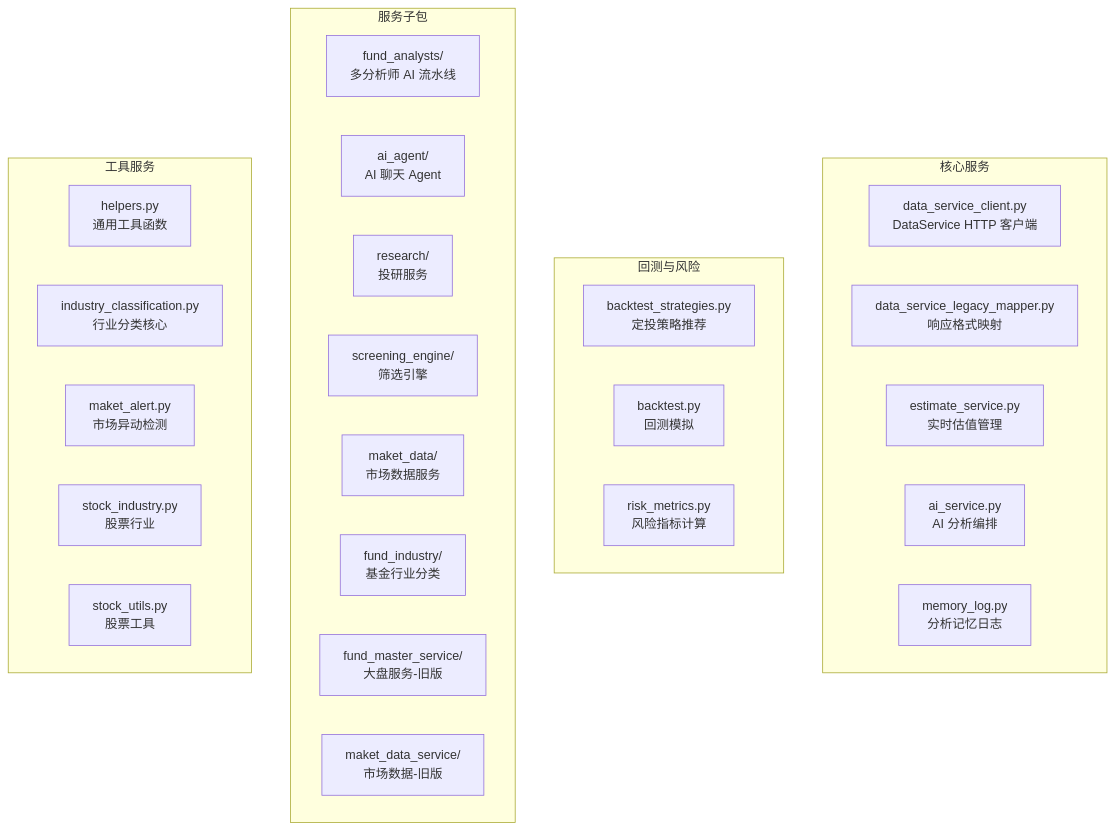
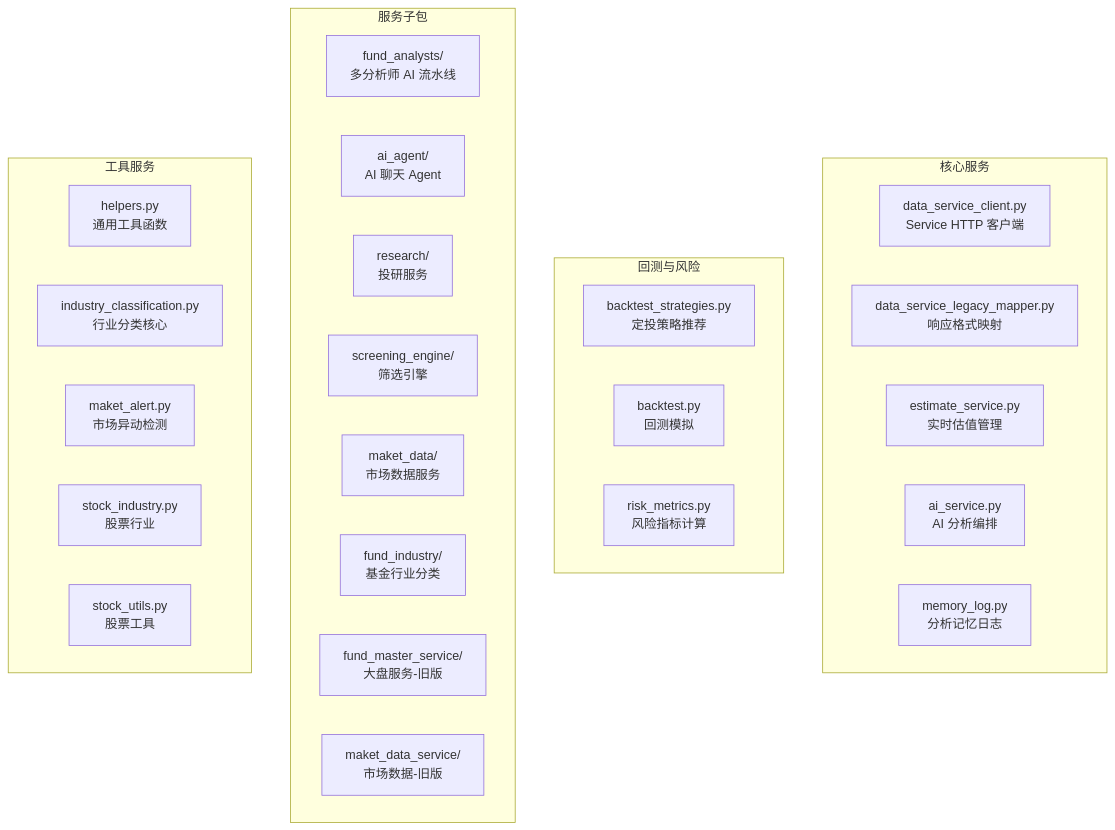
The eighth of 17 diagrams in docs/structure.md (ruinb0wman/GoFundBot), drawn with Mermaid before and after one commit. The commit also changed other lines of this file and 268 other files, not shown here.

````diff
--- a/docs/structure.md
+++ b/docs/structure.md
@@ -291,35 +291,35 @@
 ```mermaid
 flowchart TD
     subgraph 核心服务
-        DSC[data_service_client.py<br/>DataService HTTP 客户端]
+        DSC[data_service_client.py<br/>Service HTTP 客户端]
         DSLM[data_service_legacy_mapper.py<br/>响应格式映射]
         ES[estimate_service.py<br/>实时估值管理]
         AS[ai_service.py<br/>AI 分析编排]
         ML[memory_log.py<br/>分析记忆日志]
     end
 
     subgraph 回测与风险
         BTS[backtest_strategies.py<br/>定投策略推荐]
         BT[backtest.py<br/>回测模拟]
         RM[risk_metrics.py<br/>风险指标计算]
     end
 
     subgraph 服务子包
         FA[fund_analysts/<br/>多分析师 AI 流水线]
         AA[ai_agent/<br/>AI 聊天 Agent]
         RS2[research/<br/>投研服务]
         SE[screening_engine/<br/>筛选引擎]
         MD[maket_data/<br/>市场数据服务]
         FI[fund_industry/<br/>基金行业分类]
         FMS[fund_master_service/<br/>大盘服务-旧版]
         MDS[maket_data_service/<br/>市场数据-旧版]
     end
 
     subgraph 工具服务
         HELP[helpers.py<br/>通用工具函数]
         IC[industry_classification.py<br/>行业分类核心]
         MA[maket_alert.py<br/>市场异动检测]
         SI[stock_industry.py<br/>股票行业]
         SU[stock_utils.py<br/>股票工具]
     end
 ```
````
